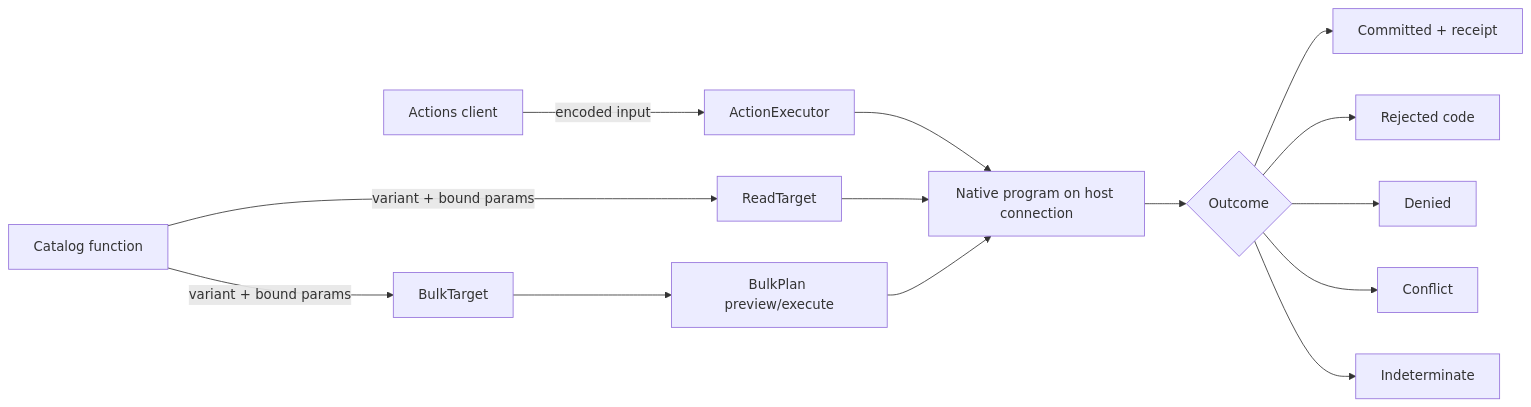
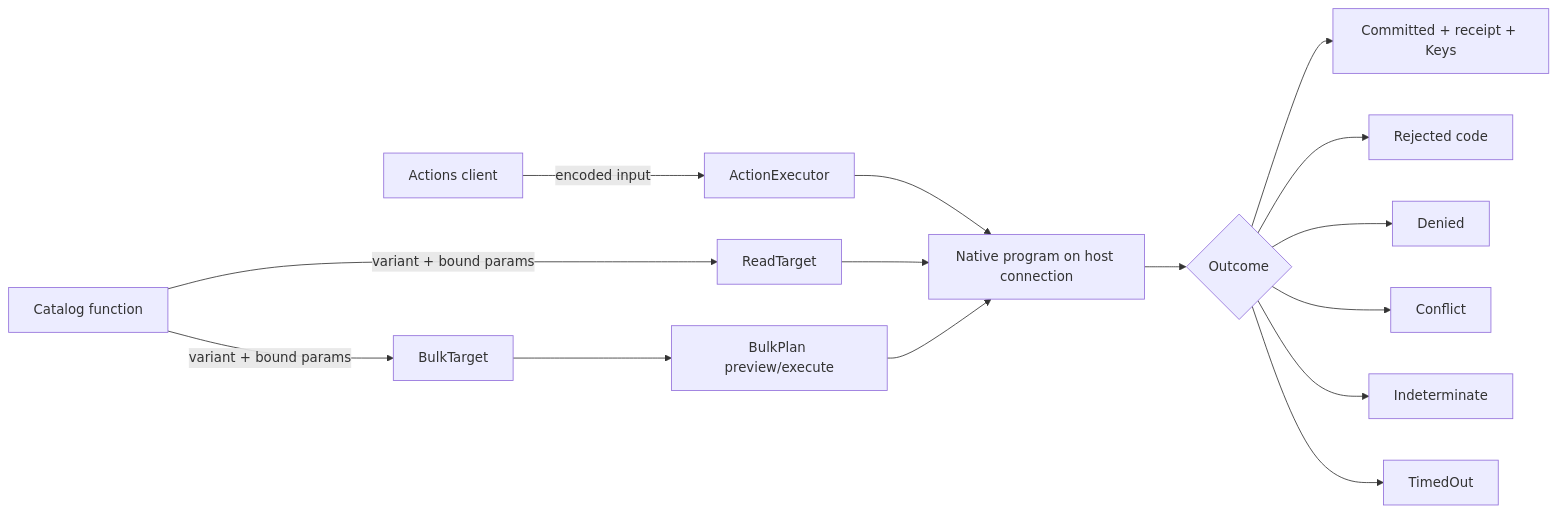
Before and after one commit to DocumentDrivenDX/umf: the diagram in docs/helix/02-design/solution-designs/SD-030-typed-actions-and-native-targets.md, drawn with Mermaid. The commit also changed other lines of this file and 43 other files, not shown here.

````diff
--- a/docs/helix/02-design/solution-designs/SD-030-typed-actions-and-native-targets.md
+++ b/docs/helix/02-design/solution-designs/SD-030-typed-actions-and-native-targets.md
@@ -74,15 +78,16 @@
 ```mermaid
 flowchart LR
   A[Actions client] -->|encoded input| E[ActionExecutor]
   Q[Catalog function] -->|variant + bound params| R[ReadTarget]
   Q -->|variant + bound params| BT[BulkTarget]
   E --> N[Native program on host connection]
   R --> N
   BT --> P[BulkPlan preview/execute] --> N
   N --> O{Outcome}
-  O --> C[Committed + receipt]
+  O --> C[Committed + receipt + Keys]
   O --> J[Rejected code]
   O --> D[Denied]
   O --> F[Conflict]
   O --> I[Indeterminate]
+  O --> TO[TimedOut]
 ```
````
